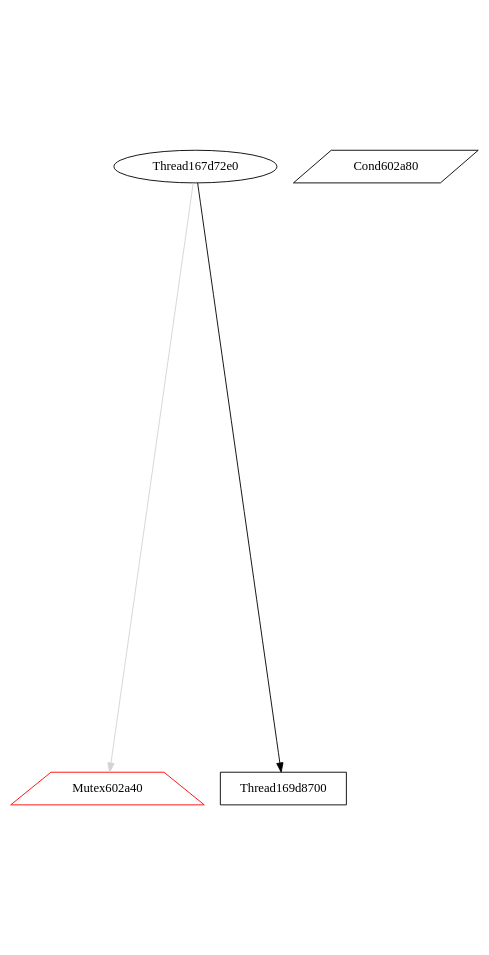
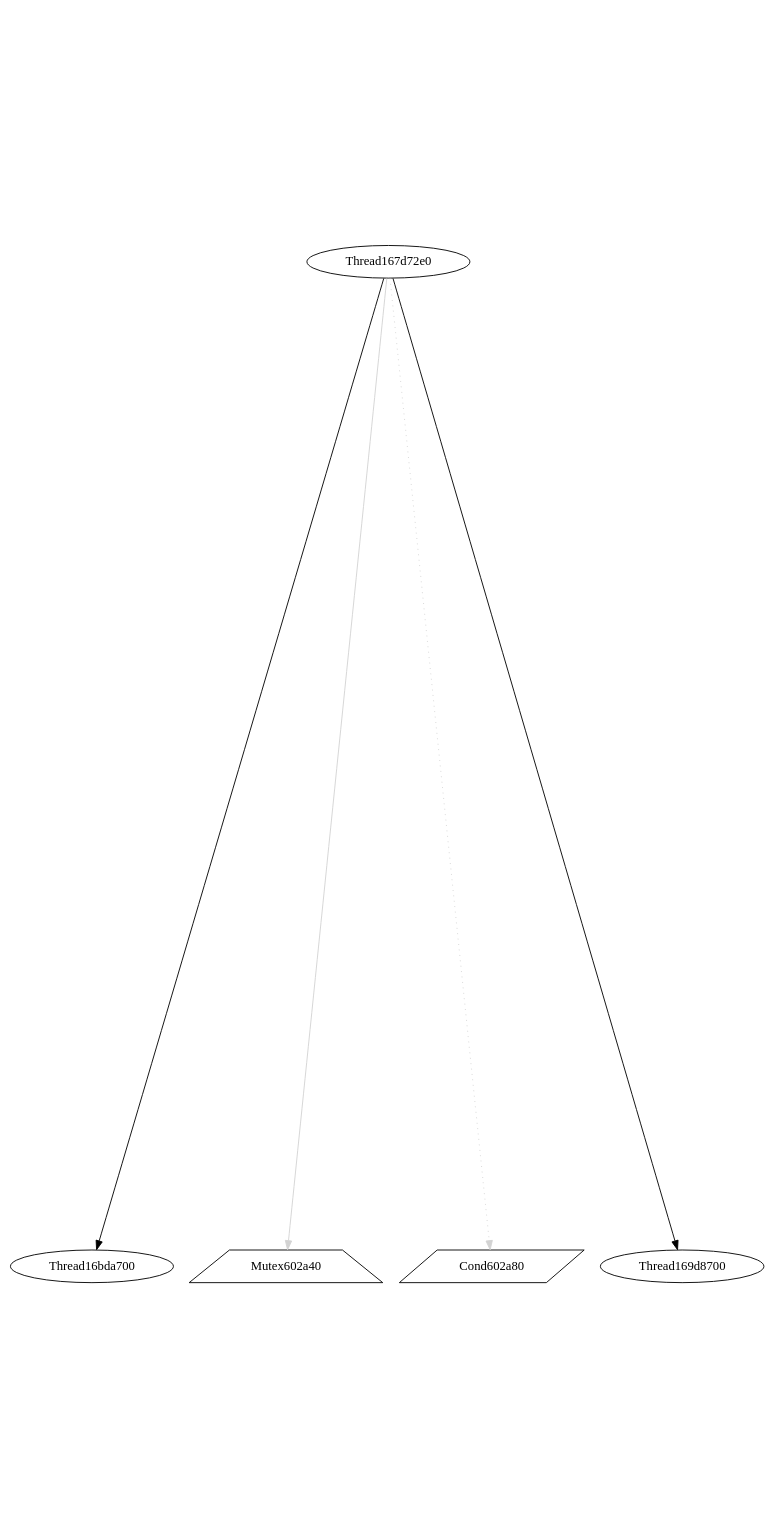
The diagram in view/dot/graph042.dot (v4o6/cs410), drawn with Graphviz before and after one commit. The commit also changed 286 other files, not shown here.

```diff
--- a/view/dot/graph042.dot
+++ b/view/dot/graph042.dot
@@ -1,8 +1,12 @@
 digraph G {
 graph[center=true, ratio=2];
-Mutex602a40 [shape=trapezium,color=red];
+Thread16bda700 [color=black];
+Mutex602a40 [shape=trapezium,color=black];
 Cond602a80 [shape=parallelogram,color=black];
-Thread169d8700 [shape=box,color=black];
+Thread169d8700 [color=black];
+Thread167d72e0 [color=black];
+Thread167d72e0 -> Thread16bda700 [arrowhead=normal];
 Thread167d72e0 -> Mutex602a40 [arrowhead=normal,color=lightgray];
+Thread167d72e0 -> Cond602a80 [style=dotted,color=lightgray];
 Thread167d72e0 -> Thread169d8700 [arrowhead=normal];
 }
```
